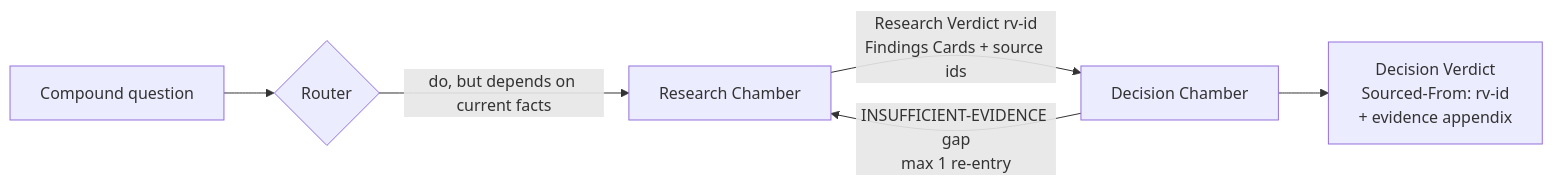
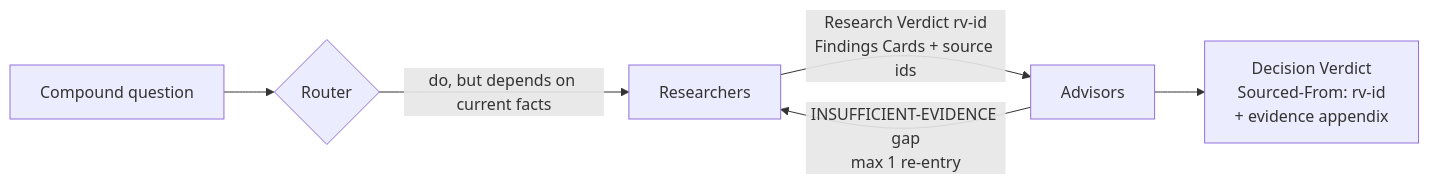
Diagram 12 of 12 in docs/architecture.md (BhavanPatel/council-of-minds), drawn with Mermaid before and after one commit. The commit also changed other lines of this file and 44 other files, not shown here.

First line of the commit message:
refactor: reframe as a council of Minds (advisors + researchers)

````diff
--- a/docs/architecture.md
+++ b/docs/architecture.md
@@ -437,8 +454,8 @@
 ```mermaid
 flowchart LR
     Q[Compound question] --> Route{Router}
-    Route -->|do, but depends on current facts| RC[Research Chamber]
-    RC -->|Research Verdict rv-id<br/>Findings Cards + source ids| DC[Decision Chamber]
+    Route -->|do, but depends on current facts| RC[Researchers]
+    RC -->|Research Verdict rv-id<br/>Findings Cards + source ids| DC[Advisors]
     DC -->|INSUFFICIENT-EVIDENCE gap<br/>max 1 re-entry| RC
     DC --> DV[Decision Verdict<br/>Sourced-From: rv-id<br/>+ evidence appendix]
 ```
````
